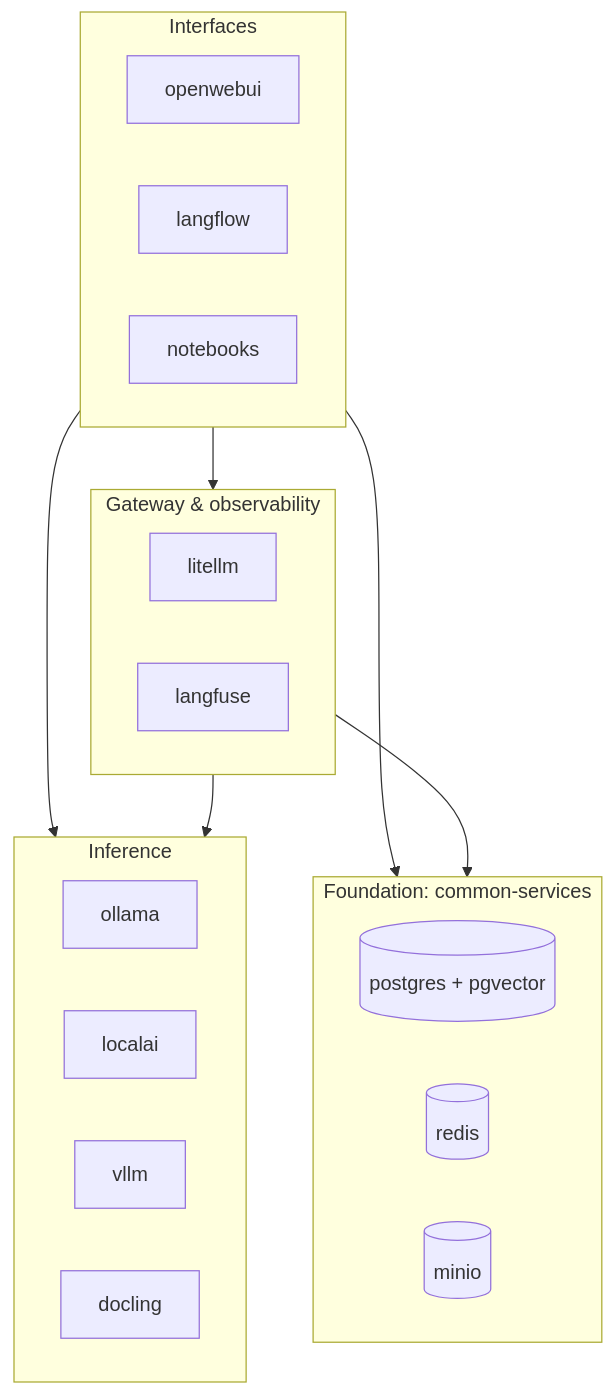
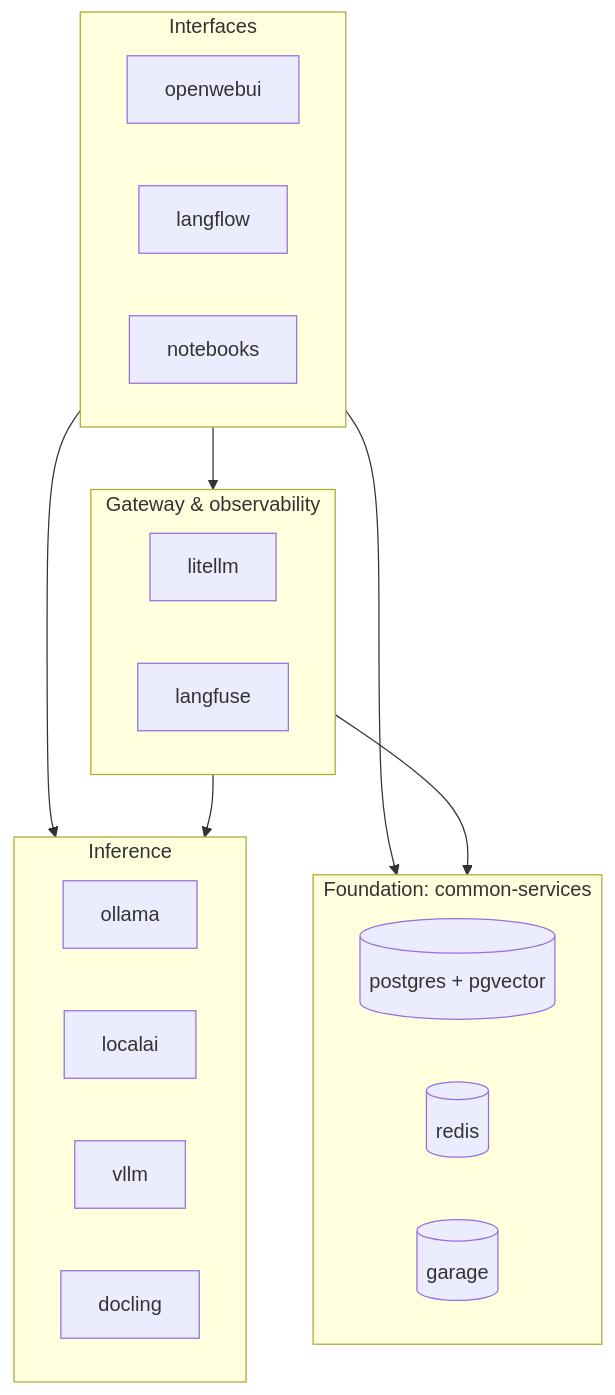
Before and after one commit to arthurTemporim/llm-lab: the first of 2 diagrams in docs/ARCHITECTURE.md, drawn with Mermaid. The commit also changed other lines of this file and 16 other files, not shown here.

Commit message:
Removing Minio and adding garage

````diff
--- a/docs/ARCHITECTURE.md
+++ b/docs/ARCHITECTURE.md
@@ -9,28 +9,28 @@
 ```mermaid
 flowchart TB
     subgraph L4["Interfaces"]
         owui["openwebui"]
         lflow["langflow"]
         jup["notebooks"]
     end
     subgraph L3["Gateway & observability"]
         llm["litellm"]
         lf["langfuse"]
     end
     subgraph L2["Inference"]
         oll["ollama"]
         lai["localai"]
         vl["vllm"]
         dl["docling"]
     end
     subgraph L1["Foundation: common-services"]
         pg[("postgres + pgvector")]
         rd[("redis")]
-        mn[("minio")]
+        mn[("garage")]
     end
     L4 --> L3
     L4 --> L2
     L3 --> L2
     L4 --> L1
     L3 --> L1
 ```
````
